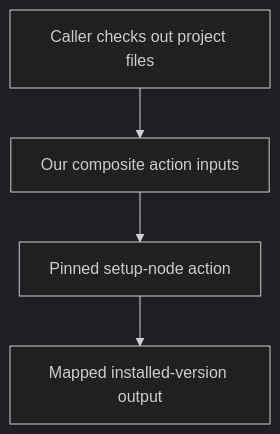
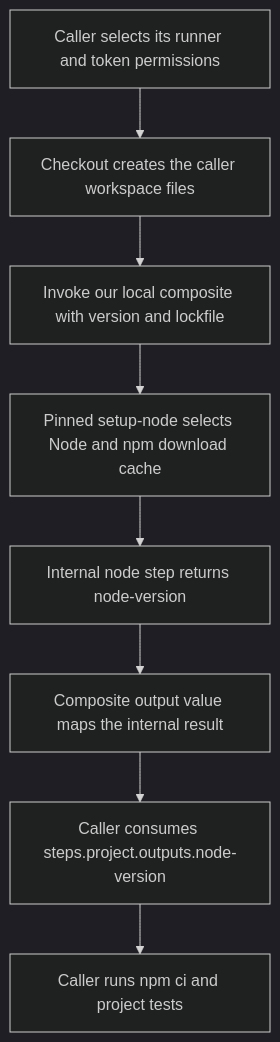
One commit to Rohit1024/actions-learn changed the diagram in docs/lessons/0057-own-composite-action-from-prebuilt-actions.md. Above: the diagram before and after it, drawn with Mermaid (dark theme). The commit also changed other lines of this file and 228 other files, not shown here.

````diff
--- a/docs/lessons/0057-own-composite-action-from-prebuilt-actions.md
+++ b/docs/lessons/0057-own-composite-action-from-prebuilt-actions.md
@@ -46,6 +54,10 @@
 ```mermaid
 flowchart TD
-    A["Caller checks out project files"] --> B["Our composite action inputs"]
-    B --> C["Pinned setup-node action"]
-    C --> D["Mapped installed-version output"]
+    Job["Caller selects its runner and token permissions"] --> Checkout["Checkout creates the caller workspace files"]
+    Checkout --> Composite["Invoke our local composite with version and lockfile"]
+    Composite --> Setup["Pinned setup-node selects Node and npm download cache"]
+    Setup --> Internal["Internal node step returns node-version"]
+    Internal --> Public["Composite output value maps the internal result"]
+    Public --> Caller["Caller consumes steps.project.outputs.node-version"]
+    Caller --> Install["Caller runs npm ci and project tests"]
 ```
````
